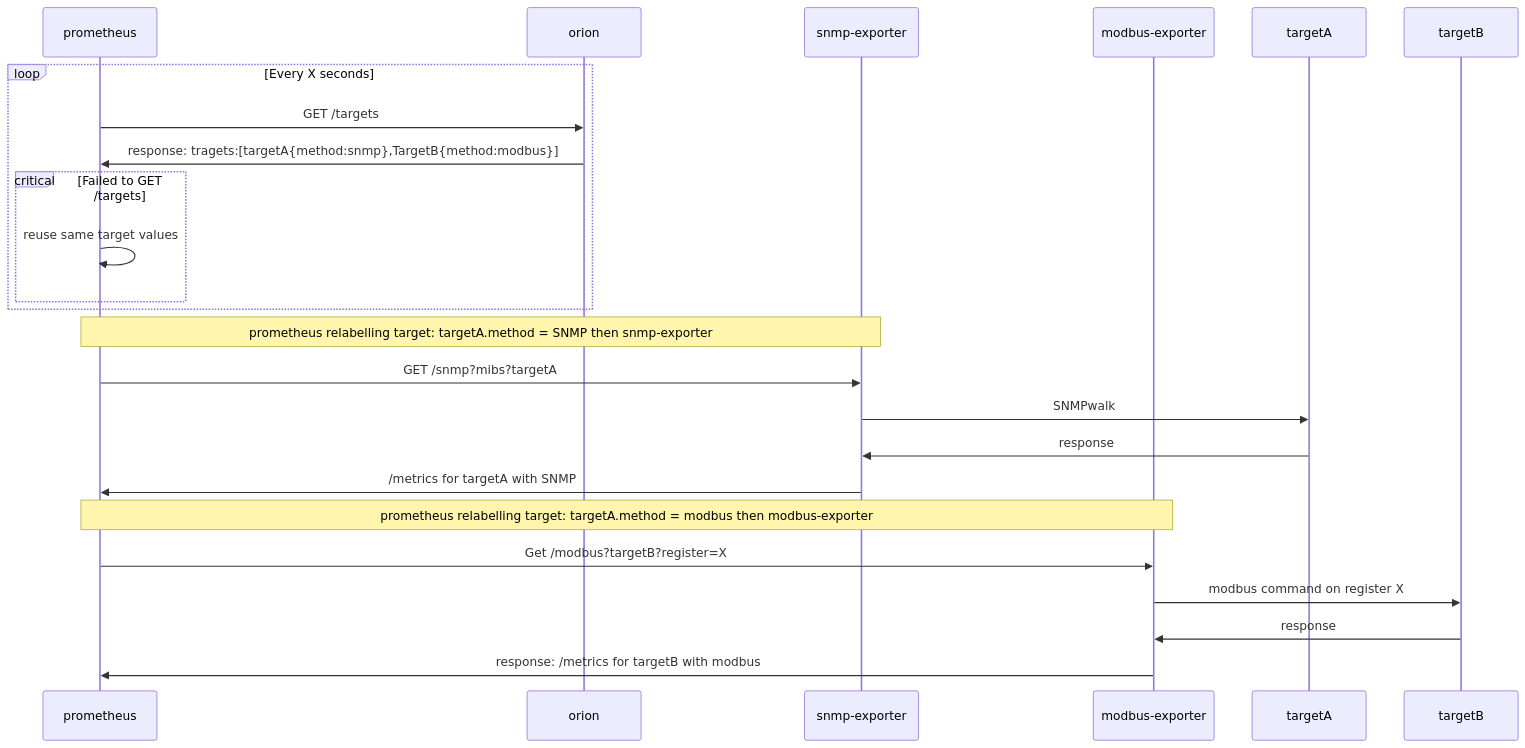
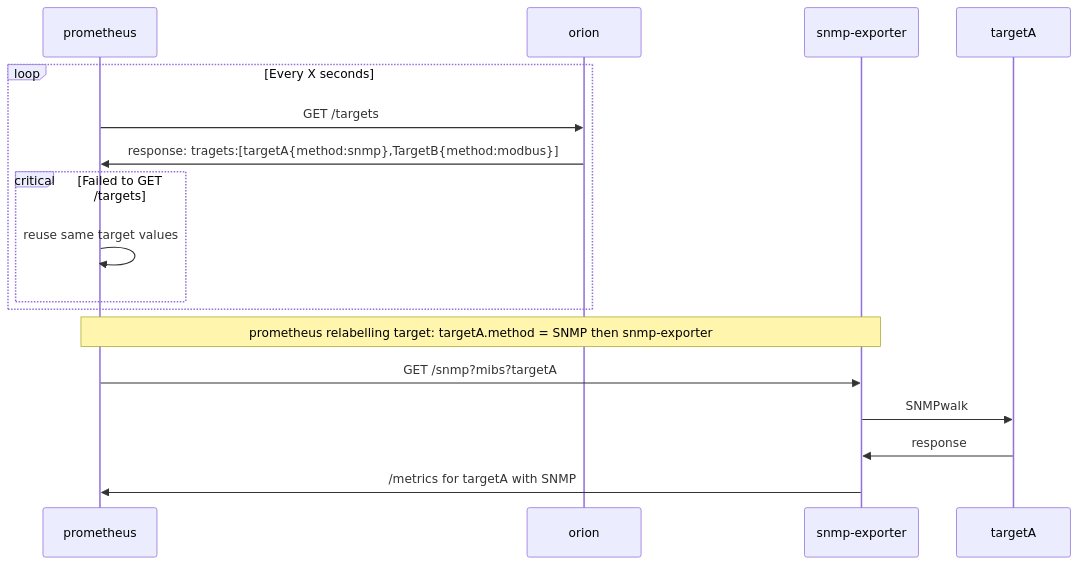
Before and after one commit to geekxflood/orion: the diagram in README.md, drawn with Mermaid. The commit also changed other lines of this file, not shown here.

````diff
--- a/README.md
+++ b/README.md
@@ -289,26 +306,19 @@
 ```mermaid
 sequenceDiagram
     participant prometheus
     participant orion
     participant snmp-exporter
-    participant modbus-exporter
     participant targetA
-    participant targetB
     loop Every X seconds
         prometheus->>orion: GET /targets
         orion->>prometheus: response: tragets:[targetA{method:snmp},TargetB{method:modbus}]
         critical Failed to GET /targets
             prometheus->>prometheus: reuse same target values
         end
     end
     Note over prometheus,snmp-exporter: prometheus relabelling target: targetA.method = SNMP then snmp-exporter
     prometheus->>snmp-exporter: GET /snmp?mibs?targetA
     snmp-exporter->>targetA: SNMPwalk
     targetA->>snmp-exporter: response
     snmp-exporter->>prometheus: /metrics for targetA with SNMP
-    Note over prometheus,modbus-exporter: prometheus relabelling target: targetA.method = modbus then modbus-exporter
-    prometheus->>modbus-exporter: Get /modbus?targetB?register=X
-    modbus-exporter->>targetB: modbus command on register X
-    targetB->>modbus-exporter: response
-    modbus-exporter->>prometheus: response: /metrics for targetB with modbus
 ```
````
